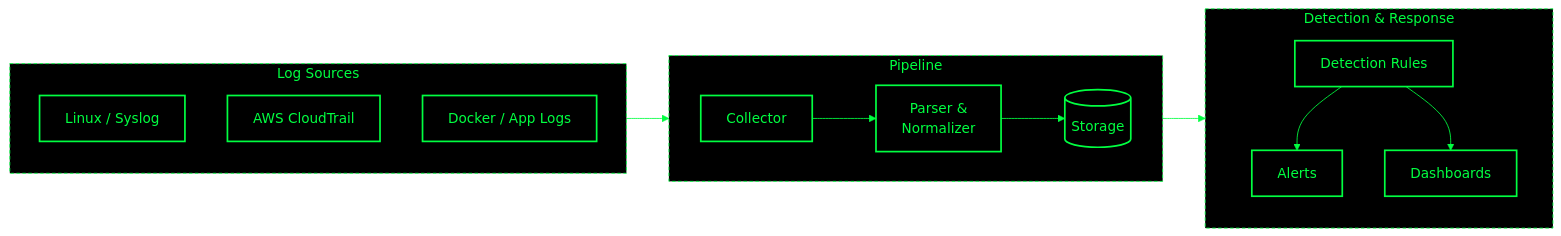
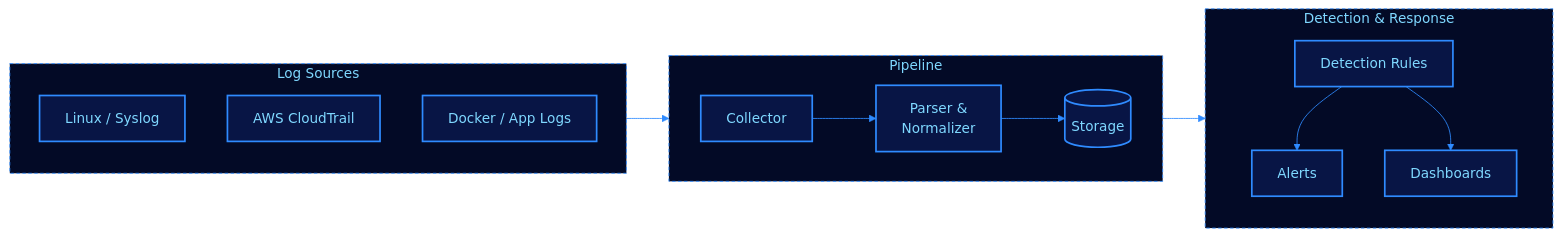
The fifth of 5 diagrams in README.md (karabo17-x/karabo17-x), drawn with Mermaid before and after one commit. The commit also changed other lines of this file, not shown here.

````diff
--- a/README.md
+++ b/README.md
@@ -169,30 +168,30 @@
 ```mermaid
-%%{init: {'theme':'base','themeVariables':{'background':'#000000','primaryColor':'#000000','primaryTextColor':'#00ff41','primaryBorderColor':'#00ff41','lineColor':'#00ff41','secondaryColor':'#000000','tertiaryColor':'#000000','fontFamily':'Courier New, monospace'}}}%%
+%%{init: {'theme':'base','themeVariables':{'background':'#000000','primaryColor':'#081545','primaryTextColor':'#7fd8ff','primaryBorderColor':'#2f8bff','lineColor':'#2f8bff','secondaryColor':'#000000','tertiaryColor':'#000000','fontFamily':'Courier New, monospace'}}}%%
 flowchart LR
     subgraph SRC["Log Sources"]
         direction TB
         L1["Linux / Syslog"]
         L2["AWS CloudTrail"]
         L3["Docker / App Logs"]
     end
 
     subgraph PIPE["Pipeline"]
         direction LR
         COL["Collector"] --> PAR["Parser &<br/>Normalizer"] --> STO[("Storage")]
     end
 
     subgraph DET["Detection & Response"]
         direction TB
         RUL["Detection Rules"] --> ALR["Alerts"]
         RUL --> DSH["Dashboards"]
     end
 
     SRC --> COL
     STO --> RUL
 
-    classDef n fill:#000,stroke:#00ff41,stroke-width:2px,color:#00ff41;
+    classDef n fill:#081545,stroke:#2f8bff,stroke-width:2px,color:#7fd8ff;
     class L1,L2,L3,COL,PAR,STO,RUL,ALR,DSH n;
-    style SRC fill:#000,stroke:#00ff41,stroke-dasharray:4 3,color:#00ff41
-    style PIPE fill:#000,stroke:#00ff41,stroke-dasharray:4 3,color:#00ff41
-    style DET fill:#000,stroke:#00ff41,stroke-dasharray:4 3,color:#00ff41
+    style SRC fill:#030a26,stroke:#2f8bff,stroke-dasharray:4 3,color:#7fd8ff
+    style PIPE fill:#030a26,stroke:#2f8bff,stroke-dasharray:4 3,color:#7fd8ff
+    style DET fill:#030a26,stroke:#2f8bff,stroke-dasharray:4 3,color:#7fd8ff
 ```
````
